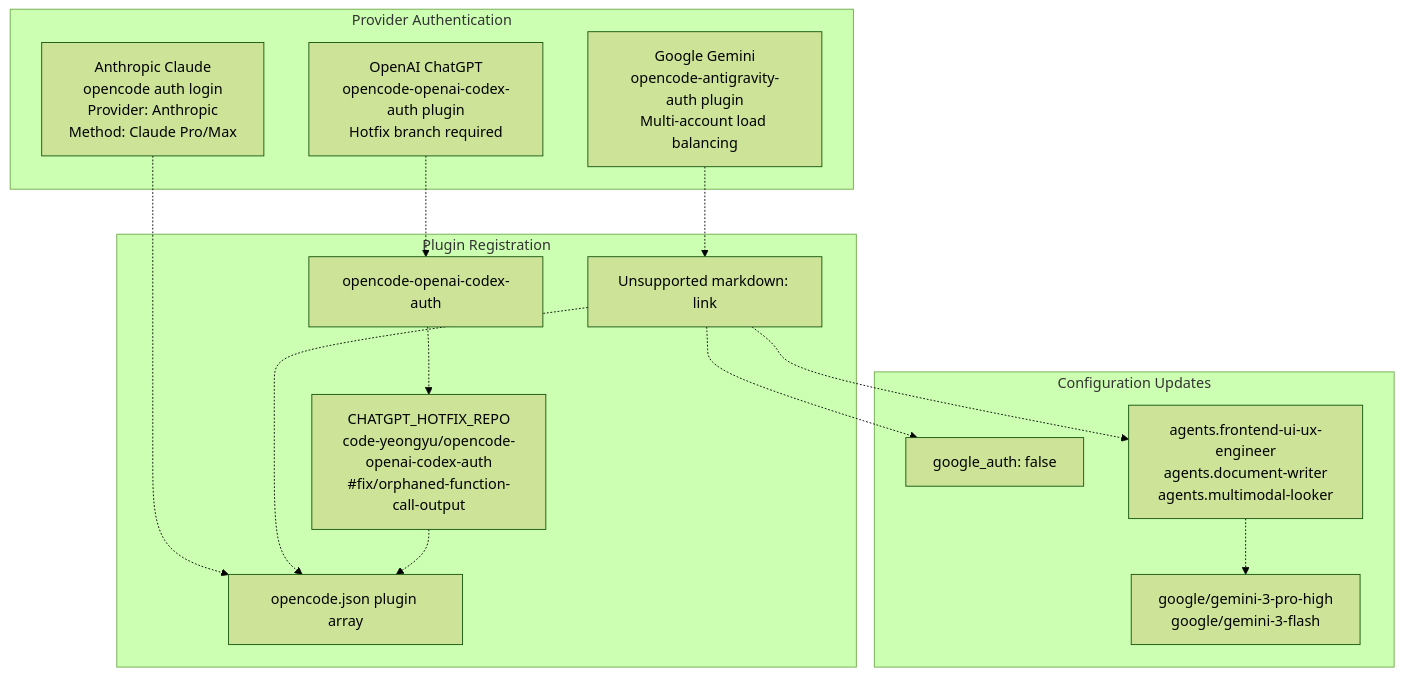
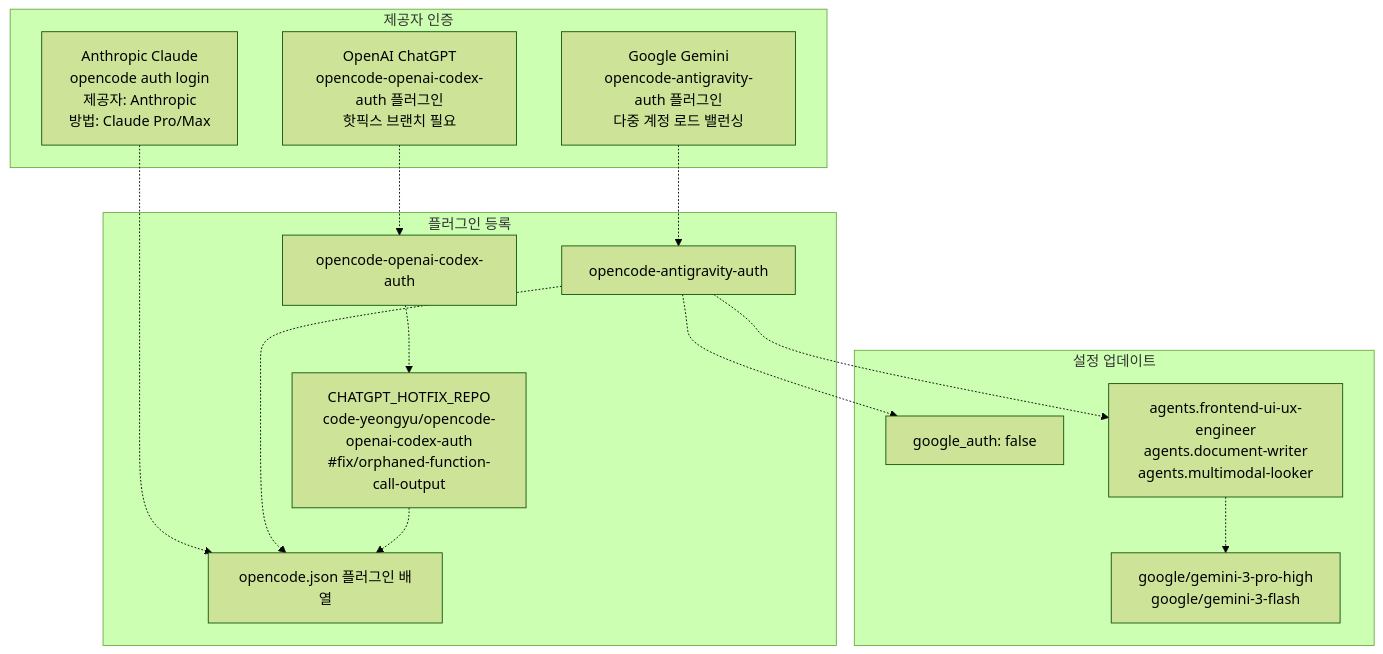
The third of 3 diagrams in docs/getting-started/index.md (felipetruman/oh-my-opencode-docs), drawn with Mermaid (forest theme) before and after one commit. The commit also changed other lines of this file and 76 other files, not shown here.

````diff
--- a/docs/getting-started/index.md
+++ b/docs/getting-started/index.md
@@ -222,43 +192,43 @@
 ```mermaid
 flowchart TD
 
-Claude["Anthropic Claude<br>opencode auth login<br>Provider: Anthropic<br>Method: Claude Pro/Max"]
-Gemini["Google Gemini<br>opencode-antigravity-auth plugin<br>Multi-account load balancing"]
-ChatGPT["OpenAI ChatGPT<br>opencode-openai-codex-auth plugin<br>Hotfix branch required"]
-PluginArray["opencode.json plugin array"]
-Antigravity["Unsupported markdown: link"]
+Claude["Anthropic Claude<br>opencode auth login<br>제공자: Anthropic<br>방법: Claude Pro/Max"]
+Gemini["Google Gemini<br>opencode-antigravity-auth 플러그인<br>다중 계정 로드 밸런싱"]
+ChatGPT["OpenAI ChatGPT<br>opencode-openai-codex-auth 플러그인<br>핫픽스 브랜치 필요"]
+PluginArray["opencode.json 플러그인 배열"]
+Antigravity["opencode-antigravity-auth"]
 Codex["opencode-openai-codex-auth"]
 CodexHotfix["CHATGPT_HOTFIX_REPO<br>code-yeongyu/opencode-openai-codex-auth<br>#fix/orphaned-function-call-output"]
 GoogleAuth["google_auth: false"]
 AgentOverride["agents.frontend-ui-ux-engineer<br>agents.document-writer<br>agents.multimodal-looker"]
 ModelNames["google/gemini-3-pro-high<br>google/gemini-3-flash"]
 
 Claude -.-> PluginArray
 Gemini -.-> Antigravity
 Antigravity -.-> GoogleAuth
 Antigravity -.-> AgentOverride
 ChatGPT -.-> Codex
 
-subgraph subGraph2 ["Configuration Updates"]
+subgraph subGraph2 ["설정 업데이트"]
     GoogleAuth
     AgentOverride
     ModelNames
     AgentOverride -.-> ModelNames
 end
 
-subgraph subGraph1 ["Plugin Registration"]
+subgraph subGraph1 ["플러그인 등록"]
     PluginArray
     Antigravity
     Codex
     CodexHotfix
     Antigravity -.-> PluginArray
     Codex -.-> CodexHotfix
     CodexHotfix -.-> PluginArray
 end
 
-subgraph subGraph0 ["Provider Authentication"]
+subgraph subGraph0 ["제공자 인증"]
     Claude
     Gemini
     ChatGPT
 end
 ```
````
